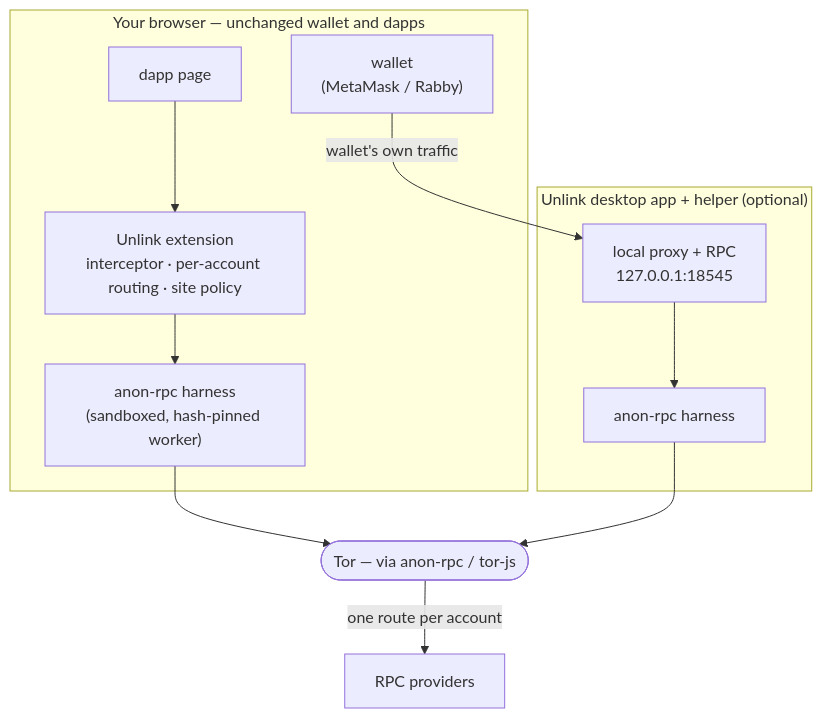
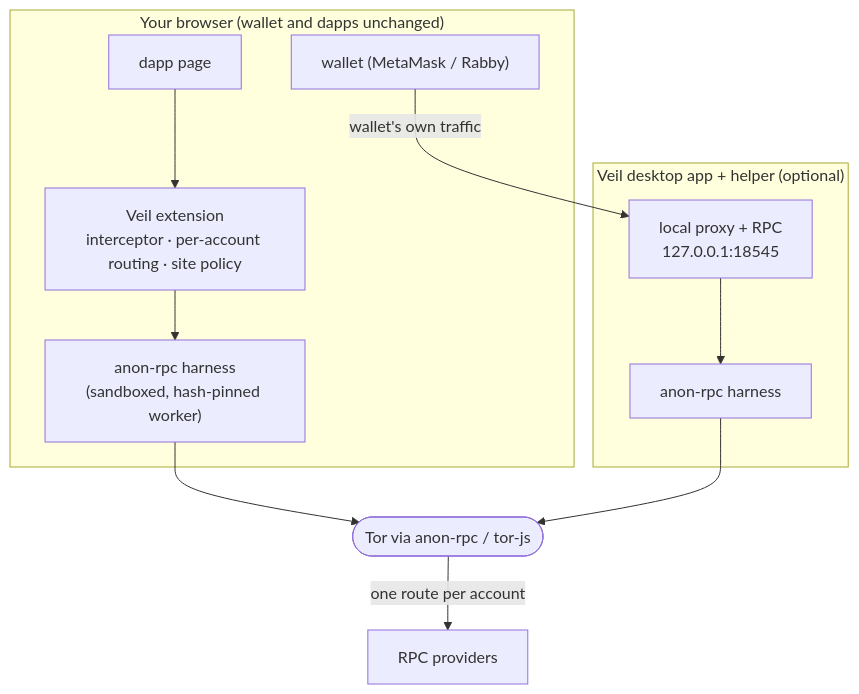
Before and after one commit to Aman035/veil: the second of 3 diagrams in README.md, drawn with Mermaid. The commit also changed other lines of this file and 40 other files, not shown here.

Commit message:
chore: rename project to Veil; restructured README with diagrams and CROPS; add MIT LICENSE

````diff
--- a/README.md
+++ b/README.md
@@ -49,16 +77,16 @@
 ```mermaid
 flowchart TB
-  subgraph browser["Your browser — unchanged wallet and dapps"]
-    D["dapp page"] --> I["Unlink extension<br/>interceptor · per-account routing · site policy"]
+  subgraph browser["Your browser (wallet and dapps unchanged)"]
+    D["dapp page"] --> I["Veil extension<br/>interceptor · per-account routing · site policy"]
     I --> H["anon-rpc harness<br/>(sandboxed, hash-pinned worker)"]
-    W["wallet<br/>(MetaMask / Rabby)"]
+    W["wallet (MetaMask / Rabby)"]
   end
-  subgraph desktop["Unlink desktop app + helper (optional)"]
+  subgraph desktop["Veil desktop app + helper (optional)"]
     LP["local proxy + RPC<br/>127.0.0.1:18545"]
     H2["anon-rpc harness"]
   end
   W -->|"wallet's own traffic"| LP --> H2
-  H --> N(["Tor — via anon-rpc / tor-js"])
+  H --> N(["Tor via anon-rpc / tor-js"])
   H2 --> N
   N -->|"one route per account"| R["RPC providers"]
 ```
````
